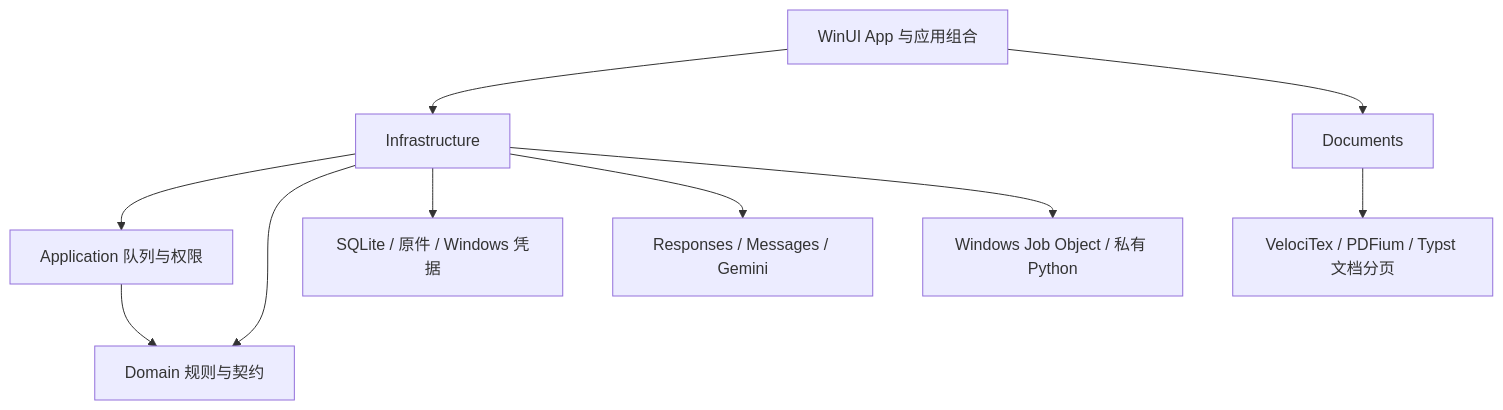
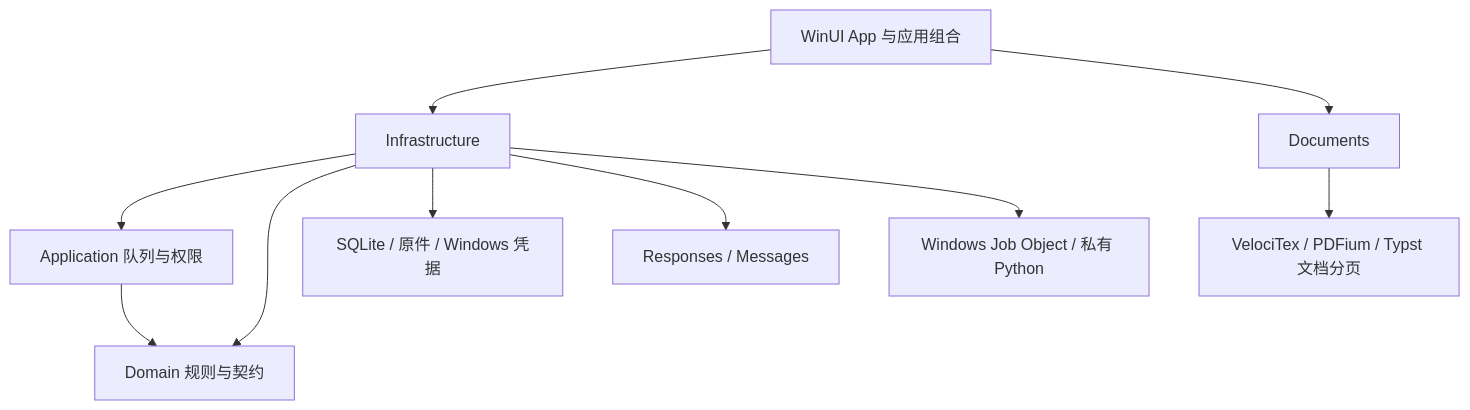
One commit to TaiRuiQu/oh-my-study changed the diagram in docs/architecture.zh-CN.md. Above: the diagram before and after it, drawn with Mermaid. The commit also changed other lines of this file and 46 other files, not shown here.

````diff
--- a/docs/architecture.zh-CN.md
+++ b/docs/architecture.zh-CN.md
@@ -16,12 +16,12 @@
 ```mermaid
 flowchart TD
     App[WinUI App 与应用组合] --> Infra[Infrastructure]
     App --> Docs[Documents]
     Infra --> Application[Application 队列与权限]
     Application --> Domain[Domain 规则与契约]
     Infra --> Domain
     Infra --> Data[SQLite / 原件 / Windows 凭据]
-    Infra --> Models[Responses / Messages / Gemini]
+    Infra --> Models[Responses / Messages]
     Infra --> Host[Windows Job Object / 私有 Python]
     Docs --> Engines[VelociTex / PDFium / Typst 文档分页]
 ```
````
